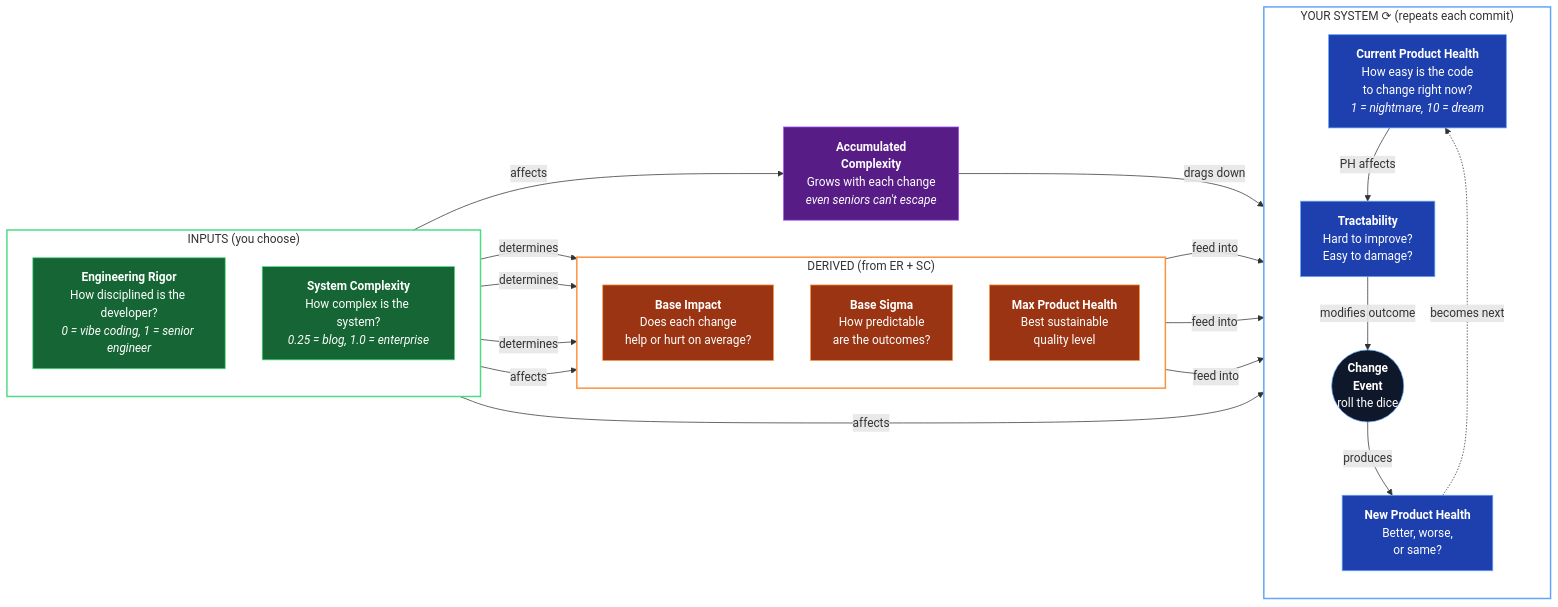
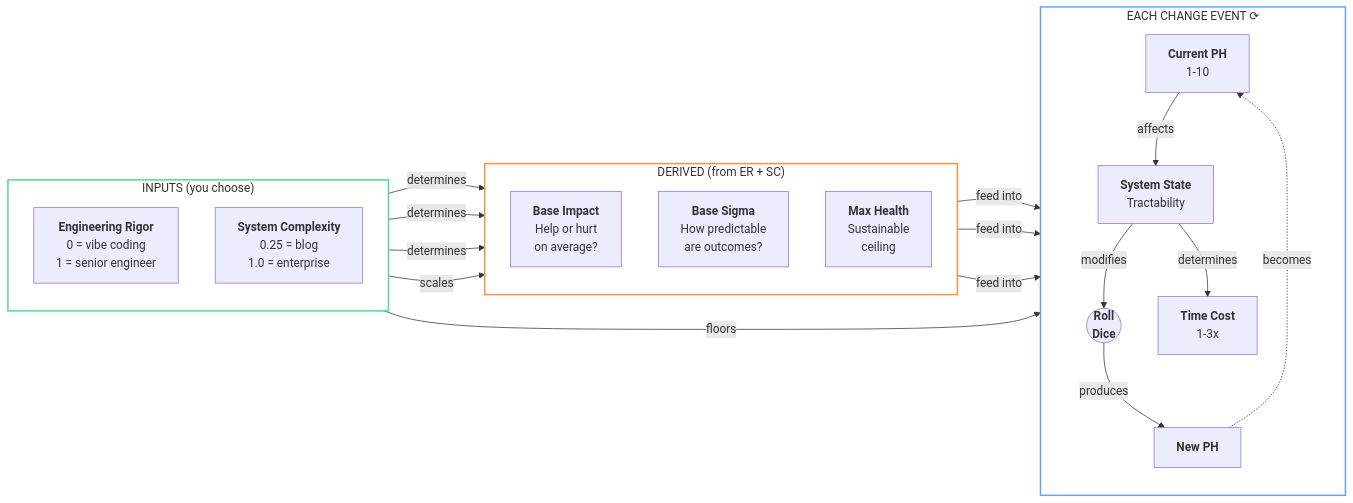
Before and after one commit to dawid-dahl-umain/product-health-dynamics: the diagram in README.md, drawn with Mermaid. The commit also changed other lines of this file and 14 other files, not shown here.

Commit message:
feat: enhance simulation model to track cumulative time and velocity loss, update README with new insights on 'vibe coding' and system complexity

````diff
--- a/README.md
+++ b/README.md
@@ -74,53 +61,39 @@
 ```mermaid
 flowchart LR
     subgraph inputs ["INPUTS (you choose)"]
         direction TB
-        ER["<b>Engineering Rigor</b><br/>How disciplined is the developer?<br/><i>0 = vibe coding, 1 = senior engineer</i>"]
-        SC["<b>System Complexity</b><br/>How complex is the system?<br/><i>0.25 = blog, 1.0 = enterprise</i>"]
+        ER["<b>Engineering Rigor</b><br/>0 = vibe coding<br/>1 = senior engineer"]
+        SC["<b>System Complexity</b><br/>0.25 = blog<br/>1.0 = enterprise"]
     end
 
     subgraph derived ["DERIVED (from ER + SC)"]
         direction TB
-        BI["<b>Base Impact</b><br/>Does each change<br/>help or hurt on average?"]
-        BS["<b>Base Sigma</b><br/>How predictable<br/>are the outcomes?"]
-        MH["<b>Max Product Health</b><br/>Best sustainable<br/>quality level"]
+        BI["<b>Base Impact</b><br/>Help or hurt<br/>on average?"]
+        BS["<b>Base Sigma</b><br/>How predictable<br/>are outcomes?"]
+        MH["<b>Max Health</b><br/>Sustainable<br/>ceiling"]
     end
 
-    subgraph loop ["YOUR SYSTEM ⟳ (repeats each commit)"]
+    subgraph loop ["EACH CHANGE EVENT ⟳"]
         direction TB
-        PH["<b>Current Product Health</b><br/>How easy is the code<br/>to change right now?<br/><i>1 = nightmare, 10 = dream</i>"]
-        SS["<b>Tractability</b><br/>Hard to improve?<br/>Easy to damage?"]
-        CE(("<b>Change</b><br/><b>Event</b><br/>roll the dice"))
-        NPH["<b>New Product Health</b><br/>Better, worse,<br/>or same?"]
+        PH["<b>Current PH</b><br/>1-10"]
+        SS["<b>System State</b><br/>Tractability"]
+        TC["<b>Time Cost</b><br/>1-3x"]
+        CE(("<b>Roll</b><br/><b>Dice</b>"))
+        NPH["<b>New PH</b>"]
 
-        PH -->|"PH affects"| SS
-        SS -->|"modifies outcome"| CE
+        PH -->|"affects"| SS
+        SS -->|"modifies"| CE
+        SS -->|"determines"| TC
         CE -->|"produces"| NPH
-        NPH -.->|"becomes next"| PH
+        NPH -.->|"becomes"| PH
     end
 
-    AC["<b>Accumulated</b><br/><b>Complexity</b><br/>Grows with each change<br/><i>even seniors can't escape</i>"]
-
     ER -->|"determines"| BI & BS & MH
-    SC -->|"affects"| BI
-    SC -->|"affects"| SS
-    SC -->|"affects"| AC
+    SC -->|"scales"| BI
+    SC -->|"floors"| SS
     BI & BS & MH -->|"feed into"| CE
-    AC -->|"drags down"| CE
 
     style inputs fill:none,stroke:#4ade80,stroke-width:2px
     style derived fill:none,stroke:#fb923c,stroke-width:2px
     style loop fill:none,stroke:#60a5fa,stroke-width:2px
-
-    classDef inputNode fill:#166534,stroke:#4ade80,color:#fff
-    classDef derivedNode fill:#9a3412,stroke:#fb923c,color:#fff
-    classDef loopNode fill:#1e40af,stroke:#60a5fa,color:#fff
-    classDef timeNode fill:#581c87,stroke:#a855f7,color:#fff
-    classDef eventNode fill:#0f172a,stroke:#60a5fa,color:#fff
-
-    class ER,SC inputNode
-    class BI,BS,MH derivedNode
-    class PH,SS,NPH loopNode
-    class CE eventNode
-    class AC timeNode
 ```
````
